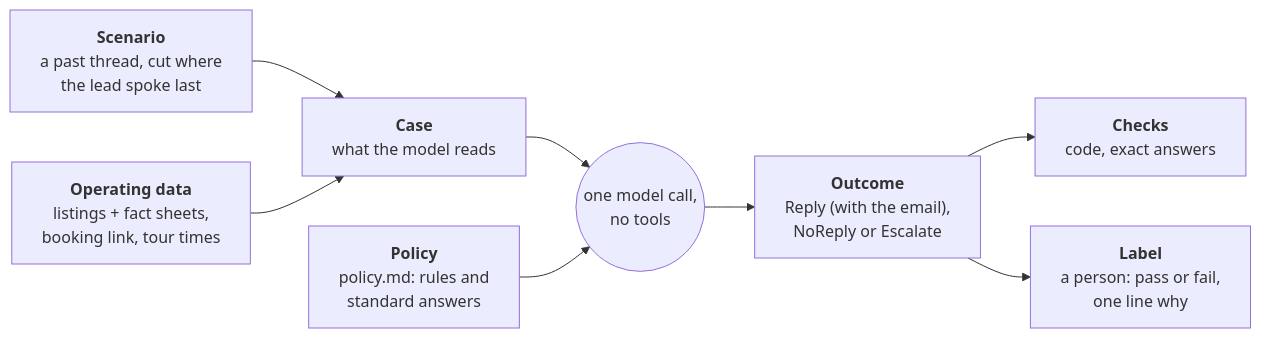
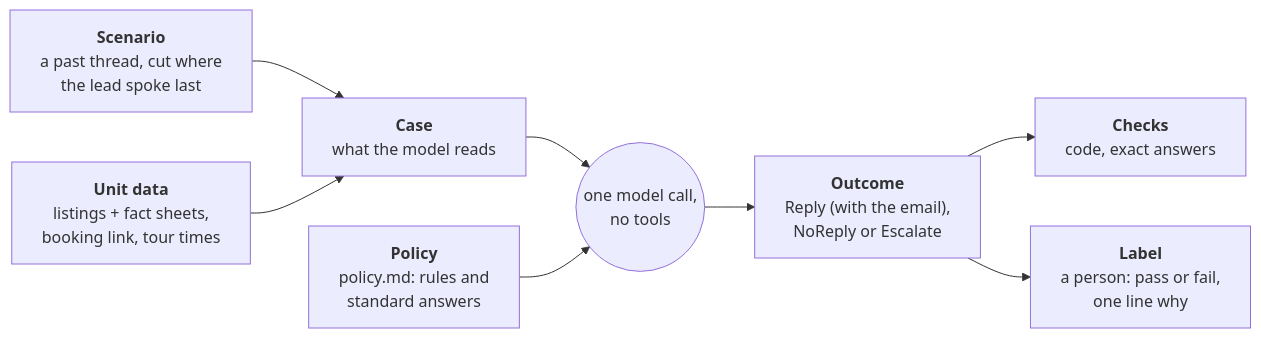
The first of 3 diagrams in api/src/sernia_ai/zillow_leads/README.md (EmilioEsposito/portfolio), drawn with Mermaid before and after one commit. The commit also changed other lines of this file and 15 other files, not shown here.

First line of the commit message:
Rename OperatingData to UnitData in the Zillow lead agent

````diff
--- a/api/src/sernia_ai/zillow_leads/README.md
+++ b/api/src/sernia_ai/zillow_leads/README.md
@@ -49,17 +49,17 @@
 ```mermaid
 flowchart LR
     S["<b>Scenario</b><br/>a past thread, cut where<br/>the lead spoke last"]
-    O["<b>Operating data</b><br/>listings + fact sheets,<br/>booking link, tour times"]
+    O["<b>Unit data</b><br/>listings + fact sheets,<br/>booking link, tour times"]
     C["<b>Case</b><br/>what the model reads"]
     P["<b>Policy</b><br/>policy.md: rules and<br/>standard answers"]
     D["<b>Outcome</b><br/>Reply (with the email),<br/>NoReply or Escalate"]
     K["<b>Checks</b><br/>code, exact answers"]
     L["<b>Label</b><br/>a person: pass or fail,<br/>one line why"]
     S --> C
     O --> C
     C --> M(("one model call,<br/>no tools"))
     P --> M
     M --> D
     D --> K
     D --> L
 ```
````
